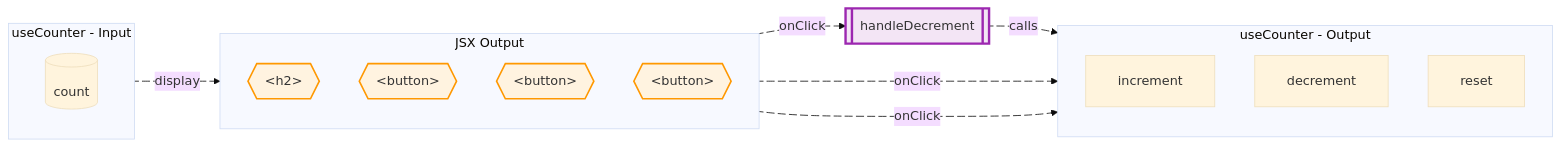
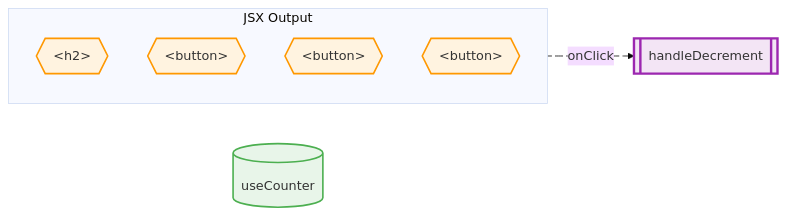
The diagram in examples/react-vite/src/components/021-ComponentWithCustomHooks.mmd (shibukawa/web-component-analyzer), drawn with Mermaid before and after one commit. The commit also changed 56 other files, not shown here.

```diff
--- a/examples/react-vite/src/components/021-ComponentWithCustomHooks.mmd
+++ b/examples/react-vite/src/components/021-ComponentWithCustomHooks.mmd
@@ -1,49 +1,33 @@
 %%{init: {'theme': 'base', 'themeVariables': {'fontFamily': 'Comic Sans MS, cursive'}, 'flowchart': {'curve': 'basis', 'padding': 20}}}%%
 flowchart LR
-  subgraph useCounter_input["useCounter - Input"]
-    direction TB
-    custom_hook_data_0[("count")]
-  end
-  subgraph useCounter_output["useCounter - Output"]
-    direction TB
-    custom_hook_function_1["increment"]
-    custom_hook_function_2["decrement"]
-    custom_hook_function_3["reset"]
-  end
-  process_4[["handleDecrement"]]
+  composable_0[("useCounter")]
+  process_1[["handleDecrement"]]
   jsx_element_0["h2"]
   jsx_element_1["button"]
   jsx_element_2["button"]
   jsx_element_3["button"]
   subgraph subgraph_0["JSX Output"]
     direction TB
       jsx_element_0@{ shape: hex, label: "&lt;h2&gt;" }
       jsx_element_1@{ shape: hex, label: "&lt;button&gt;" }
       jsx_element_2@{ shape: hex, label: "&lt;button&gt;" }
       jsx_element_3@{ shape: hex, label: "&lt;button&gt;" }
   end
-  custom_hook_data_0 ecustom_hook_data_0_jsx_element_0@-->|"display"| jsx_element_0
-  ecustom_hook_data_0_jsx_element_0@{ animate: true }
-  jsx_element_1 ejsx_element_1_custom_hook_function_1@-->|"onClick"| custom_hook_function_1
-  ejsx_element_1_custom_hook_function_1@{ animate: true }
-  jsx_element_2 ejsx_element_2_process_4@-->|"onClick"| process_4
-  ejsx_element_2_process_4@{ animate: true }
-  jsx_element_3 ejsx_element_3_custom_hook_function_3@-->|"onClick"| custom_hook_function_3
-  ejsx_element_3_custom_hook_function_3@{ animate: true }
-  process_4 eprocess_4_custom_hook_function_2@-->|"calls"| custom_hook_function_2
-  eprocess_4_custom_hook_function_2@{ animate: true }
+  jsx_element_2 ejsx_element_2_process_1@-->|"onClick"| process_1
+  ejsx_element_2_process_1@{ animate: true }
 
   %% Styling
   classDef inputProp fill:#E3F2FD,stroke:#2196F3,stroke-width:2px
   classDef outputProp fill:#FFF3E0,stroke:#FF9800,stroke-width:2px
   classDef process fill:#F3E5F5,stroke:#9C27B0,stroke-width:3px
   classDef dataStore fill:#E8F5E9,stroke:#4CAF50,stroke-width:2px
   classDef jsxElement fill:#FFF3E0,stroke:#FF9800,stroke-width:2px
   classDef contextData fill:#E1F5FE,stroke:#0288D1,stroke-width:2px
   classDef contextFunction fill:#FFF9C4,stroke:#F57C00,stroke-width:2px
   classDef exportedHandler fill:#E8F5E9,stroke:#4CAF50,stroke-width:2px
-  class process_4 process
+  class composable_0 dataStore
+  class process_1 process
   class jsx_element_0 jsxElement
   class jsx_element_1 jsxElement
   class jsx_element_2 jsxElement
   class jsx_element_3 jsxElement
```
